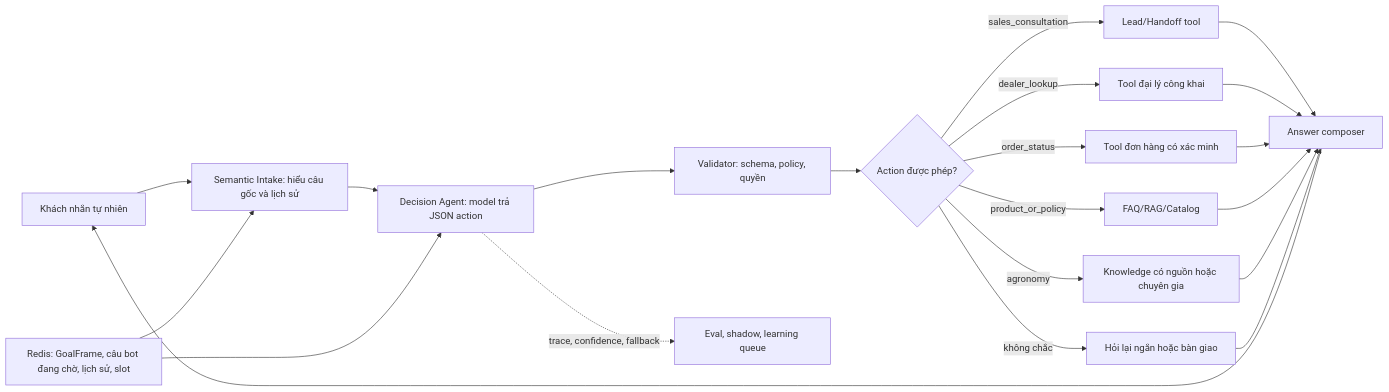
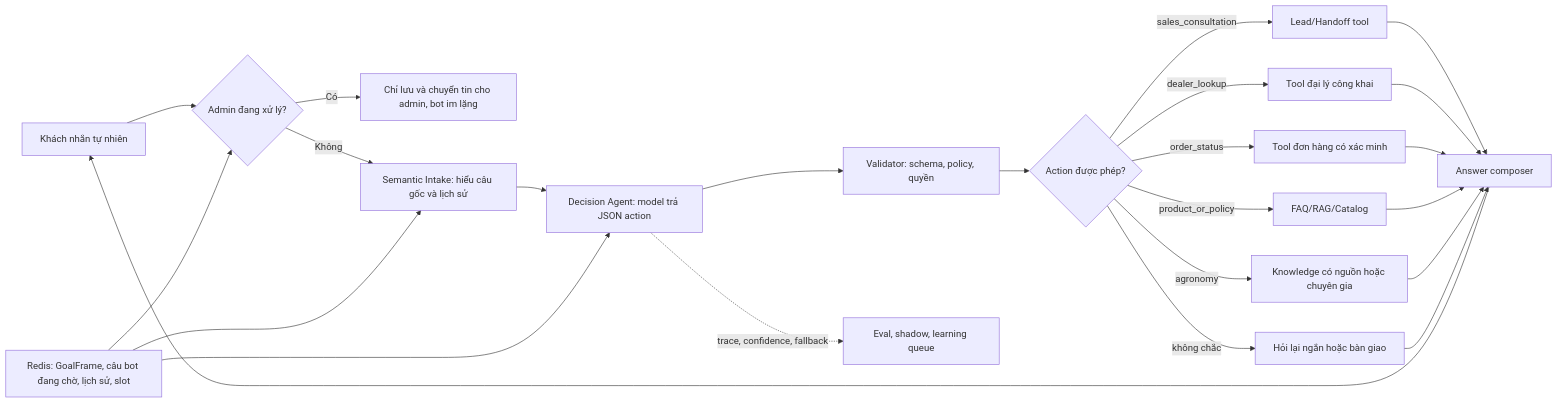
Before and after one commit to ThuanNgcodelor/javis-os: the diagram in chatbot/plan/PLAN_HYBRID_AGENT_CFC_HIEU_NGUON_NGU_TU_NHIEN_2026-09-17.md, drawn with Mermaid. The commit also changed other lines of this file and 5 other files, not shown here.

````diff
--- a/chatbot/plan/PLAN_HYBRID_AGENT_CFC_HIEU_NGUON_NGU_TU_NHIEN_2026-09-17.md
+++ b/chatbot/plan/PLAN_HYBRID_AGENT_CFC_HIEU_NGUON_NGU_TU_NHIEN_2026-09-17.md
@@ -85,23 +94,26 @@
 ```mermaid
 flowchart LR
-    U[Khách nhắn tự nhiên] --> I[Semantic Intake: hiểu câu gốc và lịch sử]
-    S[Redis: GoalFrame, câu bot đang chờ, lịch sử, slot] --> I
+    U[Khách nhắn tự nhiên] --> H{Admin đang xử lý?}
+    S[Redis: GoalFrame, câu bot đang chờ, lịch sử, slot] --> H
+    H -->|Có| X[Chỉ lưu và chuyển tin cho admin, bot im lặng]
+    H -->|Không| I[Semantic Intake: hiểu câu gốc và lịch sử]
+    S --> I
     I --> D[Decision Agent: model trả JSON action]
     S --> D
     D --> V[Validator: schema, policy, quyền]
     V --> T{Action được phép?}
     T -->|sales_consultation| L[Lead/Handoff tool]
     T -->|dealer_lookup| DL[Tool đại lý công khai]
     T -->|order_status| O[Tool đơn hàng có xác minh]
     T -->|product_or_policy| R[FAQ/RAG/Catalog]
     T -->|agronomy| A[Knowledge có nguồn hoặc chuyên gia]
     T -->|không chắc| C[Hỏi lại ngắn hoặc bàn giao]
     L --> F[Answer composer]
     DL --> F
     O --> F
     R --> F
     A --> F
     C --> F
     F --> U
     D -. trace, confidence, fallback .-> E[Eval, shadow, learning queue]
 ```
````
